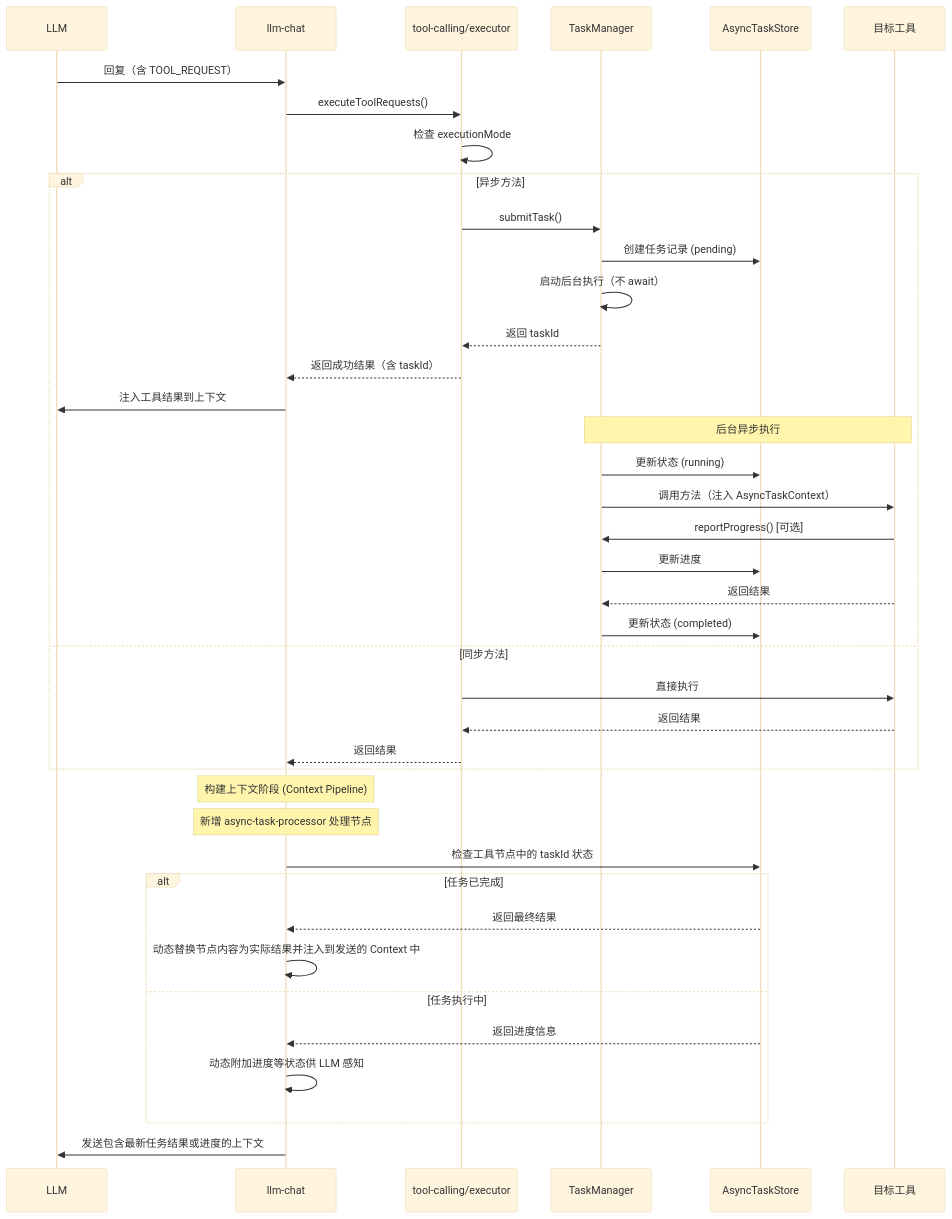
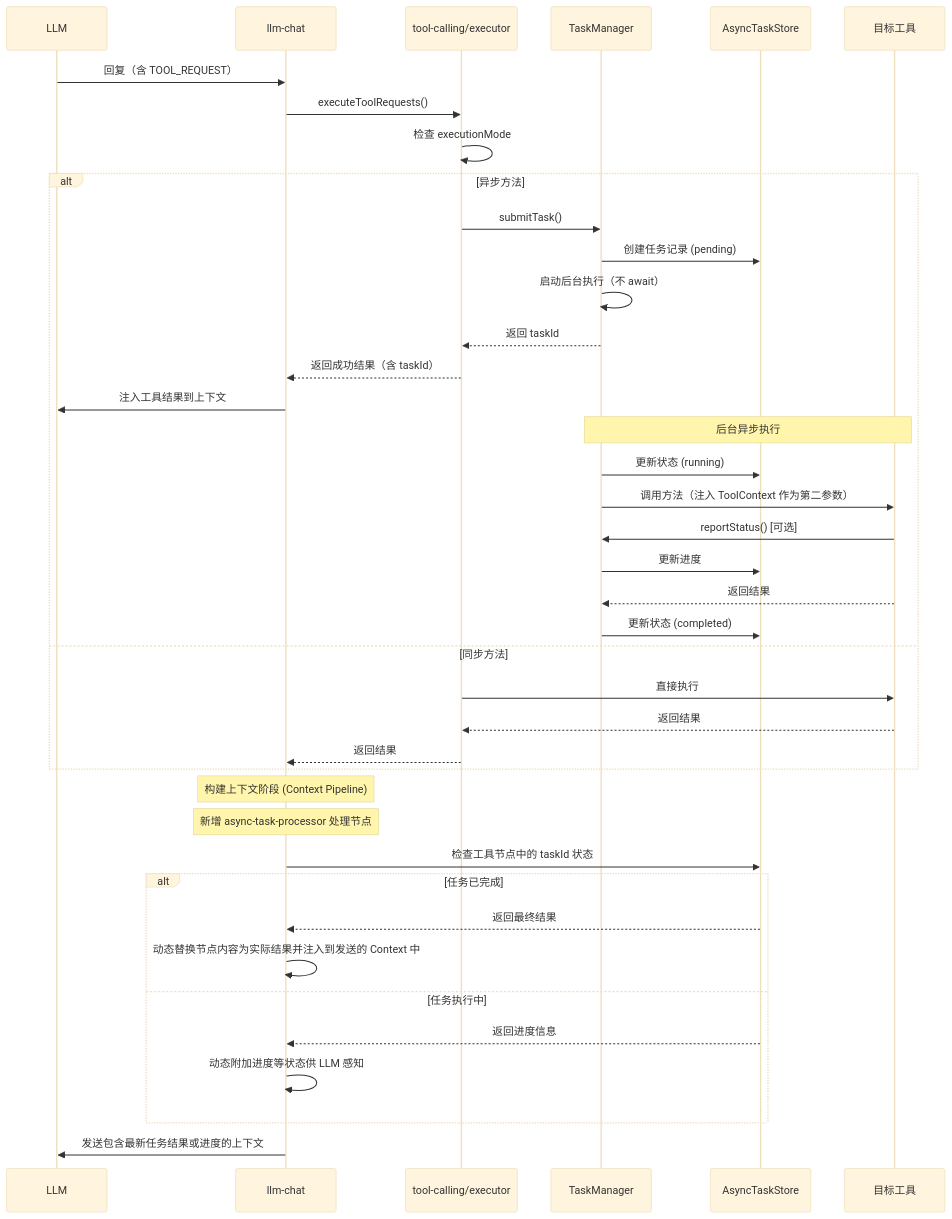
One commit to miaotouy/aio-hub changed the second of 3 diagrams in src/tools/tool-calling/design/Plan/异步任务系统-设计方案.md. Above: the diagram before and after it, drawn with Mermaid (base theme). The commit also changed other lines of this file and 14 other files, not shown here.

````diff
--- a/src/tools/tool-calling/design/Plan/异步任务系统-设计方案.md
+++ b/src/tools/tool-calling/design/Plan/异步任务系统-设计方案.md
@@ -132,47 +132,47 @@
 ```mermaid
 sequenceDiagram
     participant LLM
     participant Chat as llm-chat
     participant Executor as tool-calling/executor
     participant TM as TaskManager
     participant Store as AsyncTaskStore
     participant Tool as 目标工具
 
     LLM->>Chat: 回复（含 TOOL_REQUEST）
     Chat->>Executor: executeToolRequests()
     Executor->>Executor: 检查 executionMode
 
     alt 异步方法
         Executor->>TM: submitTask()
         TM->>Store: 创建任务记录 (pending)
         TM->>TM: 启动后台执行（不 await）
         TM-->>Executor: 返回 taskId
         Executor-->>Chat: 返回成功结果（含 taskId）
         Chat->>LLM: 注入工具结果到上下文
 
         Note over TM,Tool: 后台异步执行
         TM->>Store: 更新状态 (running)
-        TM->>Tool: 调用方法（注入 AsyncTaskContext）
-        Tool->>TM: reportProgress() [可选]
+        TM->>Tool: 调用方法（注入 ToolContext 作为第二参数）
+        Tool->>TM: reportStatus() [可选]
         TM->>Store: 更新进度
         Tool-->>TM: 返回结果
         TM->>Store: 更新状态 (completed)
     else 同步方法
         Executor->>Tool: 直接执行
         Tool-->>Executor: 返回结果
         Executor-->>Chat: 返回结果
     end
 
     Note over Chat: 构建上下文阶段 (Context Pipeline)
     Note over Chat: 新增 async-task-processor 处理节点
     Chat->>Store: 检查工具节点中的 taskId 状态
     alt 任务已完成
         Store-->>Chat: 返回最终结果
         Chat->>Chat: 动态替换节点内容为实际结果并注入到发送的 Context 中
     else 任务执行中
         Store-->>Chat: 返回进度信息
         Chat->>Chat: 动态附加进度等状态供 LLM 感知
     end
 
     Chat->>LLM: 发送包含最新任务结果或进度的上下文
 ```
````
